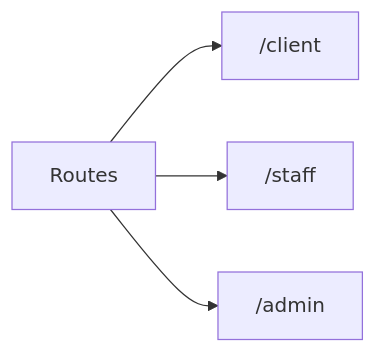
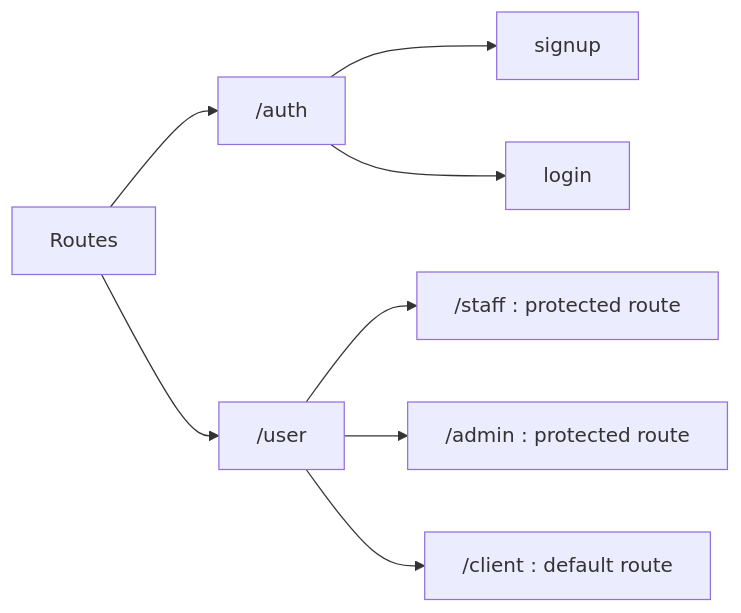
The diagram in README.md (harshavardhanSDE/spacesAtFanpit), drawn with Mermaid before and after one commit. The commit also changed other lines of this file and 57 other files, not shown here.

````diff
--- a/README.md
+++ b/README.md
@@ -28,6 +33,10 @@
 ```mermaid
 graph LR
-    A["`Routes`"] --> B["`/client`"]
-    A --> C["`/staff`"]
-    A --> D["`/admin`"]
+    A["`Routes`"] --> B["`/auth`"]
+    B --> a["`signup`"]
+    B --> b["`login`"]
+    A --> C["`/user`"]
+    C --> e["`/staff : protected route`"]
+    C --> f["`/admin : protected route`"]
+    C --> g["`/client : default route`"]
 ```
````
